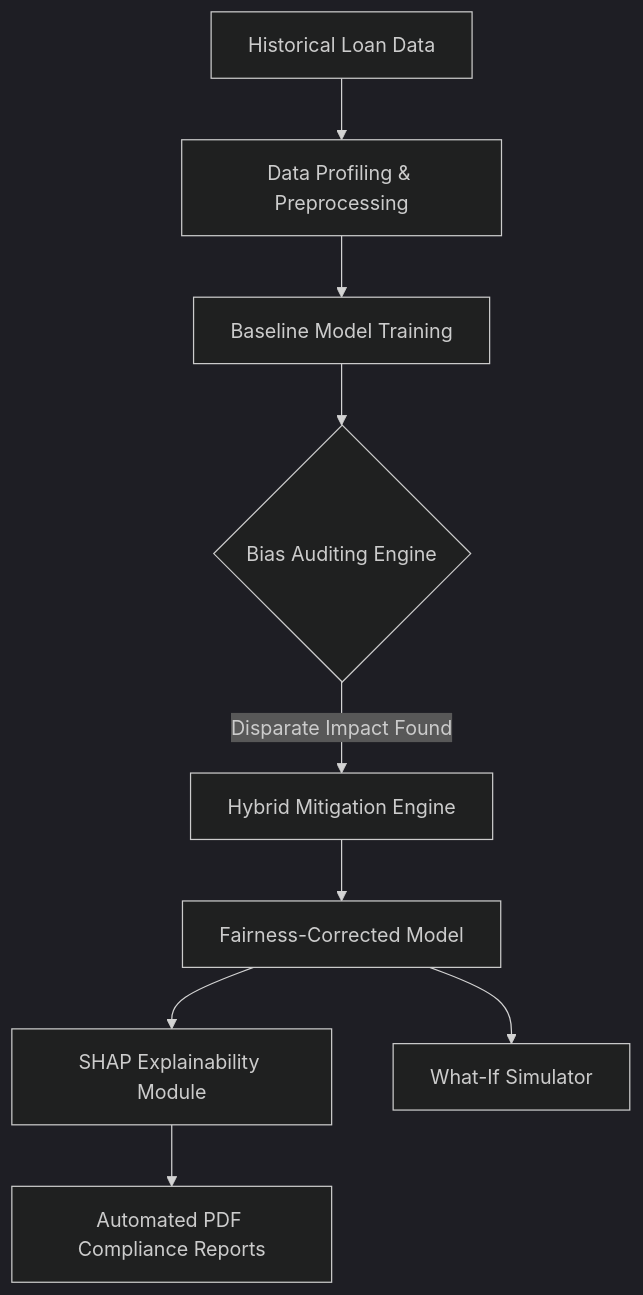
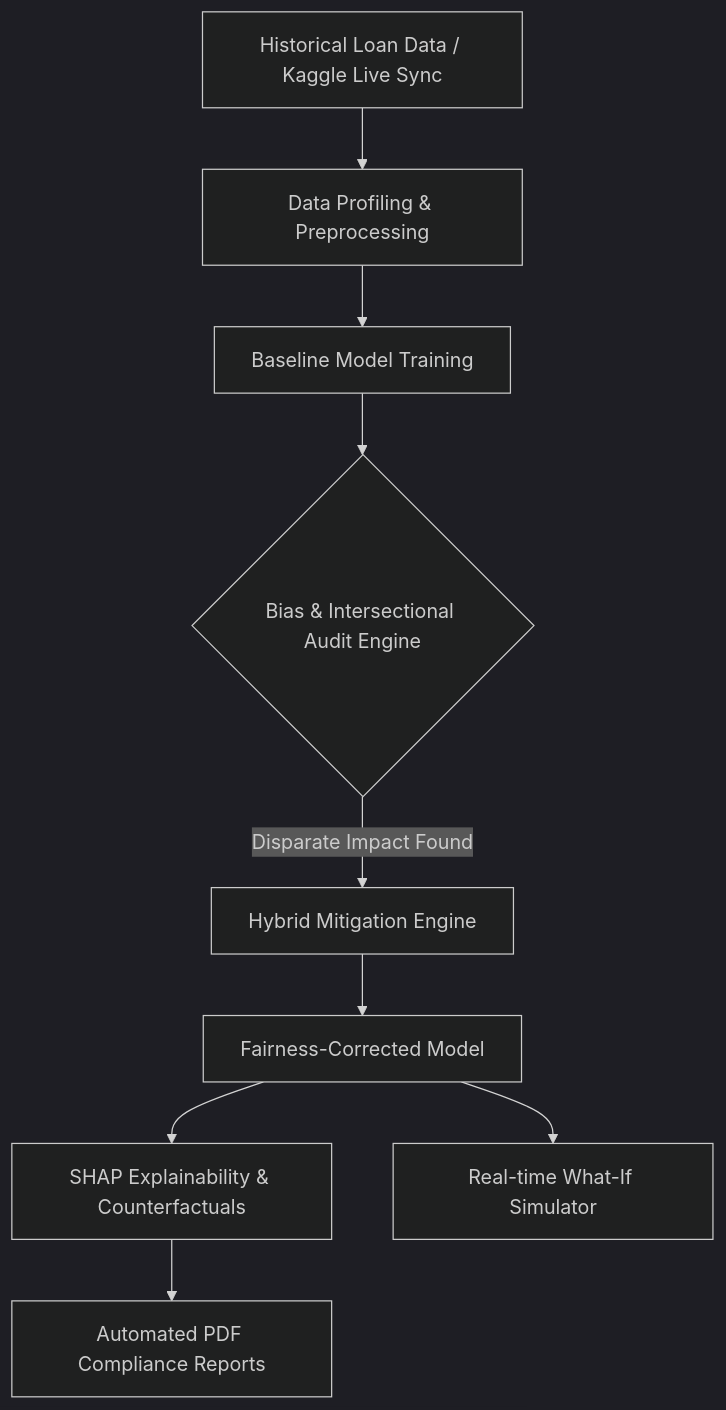
One commit to Prakash-Ramakrishnan110/Loan-project changed the first of 2 diagrams in presentation_content.md. Above: the diagram before and after it, drawn with Mermaid (dark theme). The commit also changed other lines of this file, not shown here.

Commit message:
Update presentation content: remove LoanGuard AI and add new features

````diff
--- a/presentation_content.md
+++ b/presentation_content.md
@@ -67,11 +69,11 @@
 ```mermaid
 graph TD
-    A[Historical Loan Data] --> B[Data Profiling & Preprocessing]
+    A[Historical Loan Data / Kaggle Live Sync] --> B[Data Profiling & Preprocessing]
     B --> C[Baseline Model Training]
-    C --> D{Bias Auditing Engine}
+    C --> D{Bias & Intersectional Audit Engine}
     D -->|Disparate Impact Found| E[Hybrid Mitigation Engine]
     E --> F[Fairness-Corrected Model]
-    F --> G[SHAP Explainability Module]
-    F --> H[What-If Simulator]
+    F --> G[SHAP Explainability & Counterfactuals]
+    F --> H[Real-time What-If Simulator]
     G --> I[Automated PDF Compliance Reports]
 ```
````
